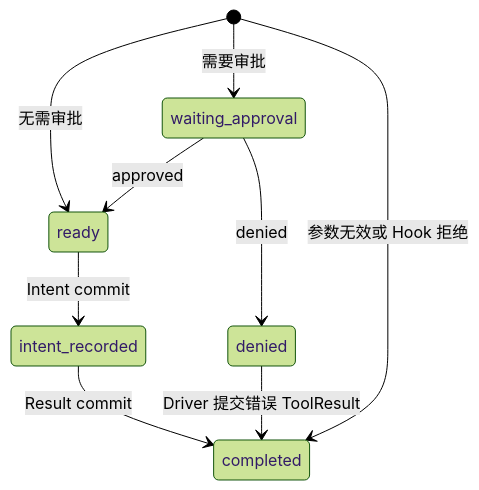
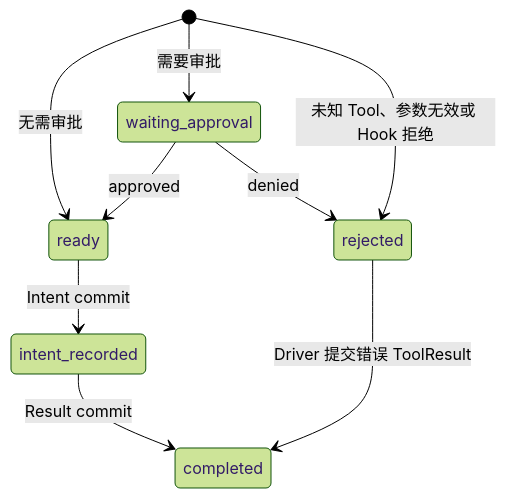
The second of 3 diagrams in docs/upgrade/2026-08-11-operation-recovery-model.md (xiesunsun/MyOpenClaw), drawn with Mermaid (forest theme) before and after one commit. The commit also changed other lines of this file and 14 other files, not shown here.

````diff
--- a/docs/upgrade/2026-08-11-operation-recovery-model.md
+++ b/docs/upgrade/2026-08-11-operation-recovery-model.md
@@ -197,11 +197,11 @@
 ```mermaid
 stateDiagram-v2
     [*] --> ready: 无需审批
     [*] --> waiting_approval: 需要审批
-    [*] --> completed: 参数无效或 Hook 拒绝
+    [*] --> rejected: 未知 Tool、参数无效或 Hook 拒绝
     waiting_approval --> ready: approved
-    waiting_approval --> denied: denied
-    denied --> completed: Driver 提交错误 ToolResult
+    waiting_approval --> rejected: denied
+    rejected --> completed: Driver 提交错误 ToolResult
     ready --> intent_recorded: Intent commit
     intent_recorded --> completed: Result commit
 ```
````
